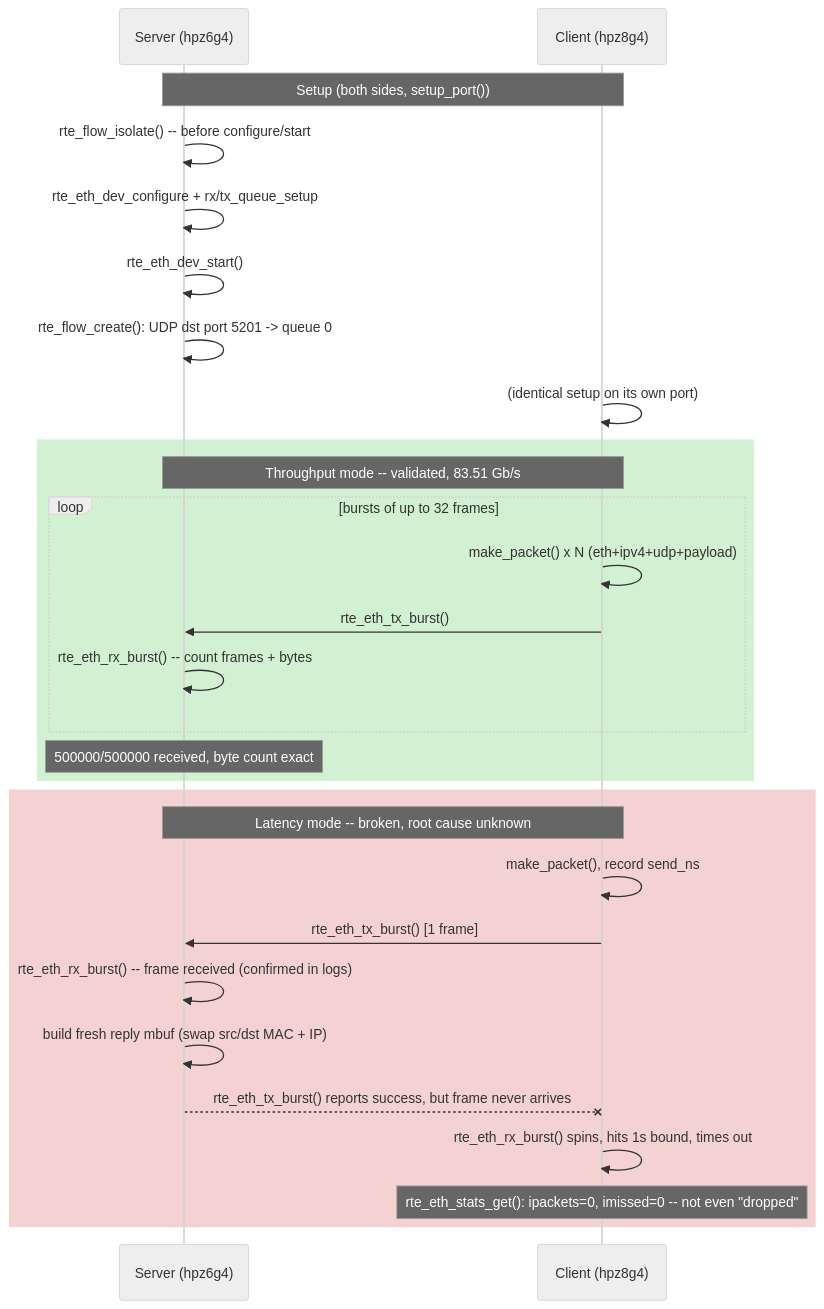
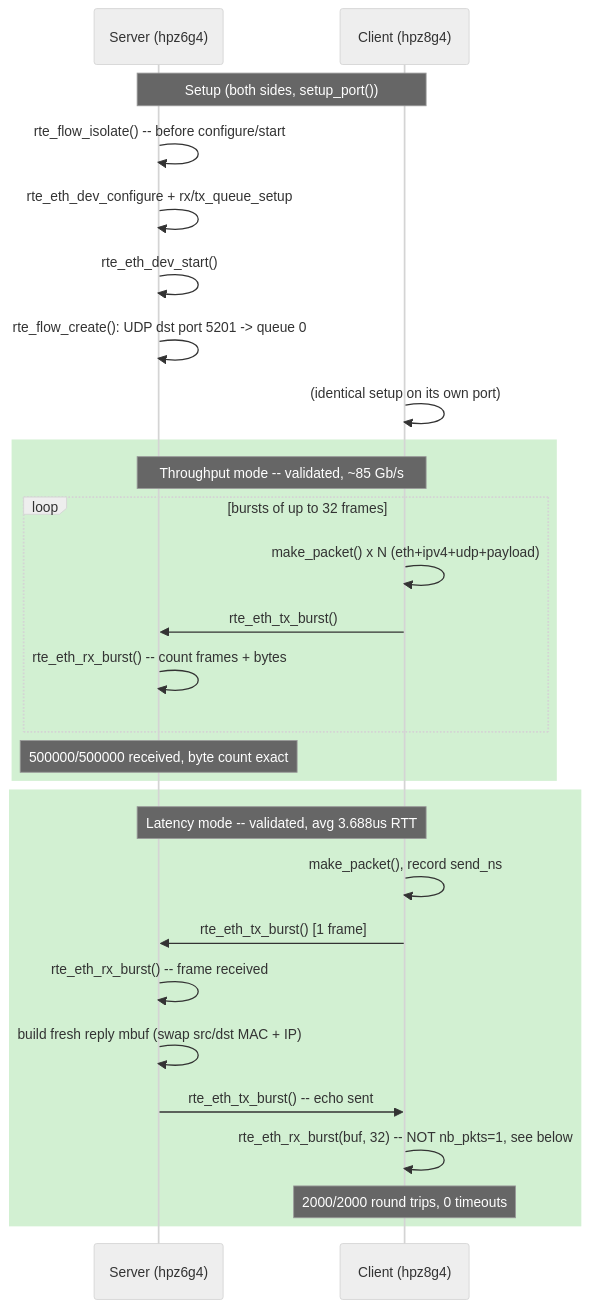
The second of 2 diagrams in README.md (zwu888/rdma-demo), drawn with Mermaid (neutral theme) before and after one commit. The commit also changed other lines of this file and 1 other file, not shown here.

First line of the commit message:
Fix dpdk_perf latency mode: mlx5 PMD silently drops rte_eth_rx_burst(nb_pkts=1)

````diff
--- a/README.md
+++ b/README.md
@@ -728,33 +754,33 @@
 ```mermaid
 sequenceDiagram
     participant S as Server (hpz6g4)
     participant C as Client (hpz8g4)
 
     Note over S,C: Setup (both sides, setup_port())
     S->>S: rte_flow_isolate() -- before configure/start
     S->>S: rte_eth_dev_configure + rx/tx_queue_setup
     S->>S: rte_eth_dev_start()
     S->>S: rte_flow_create(): UDP dst port 5201 -> queue 0
     C->>C: (identical setup on its own port)
 
     rect rgb(210, 240, 210)
-    Note over S,C: Throughput mode -- validated, 83.51 Gb/s
+    Note over S,C: Throughput mode -- validated, ~85 Gb/s
     loop bursts of up to 32 frames
         C->>C: make_packet() x N (eth+ipv4+udp+payload)
         C->>S: rte_eth_tx_burst()
         S->>S: rte_eth_rx_burst() -- count frames + bytes
     end
     Note over S: 500000/500000 received, byte count exact
     end
 
-    rect rgb(245, 210, 210)
-    Note over S,C: Latency mode -- broken, root cause unknown
+    rect rgb(210, 240, 210)
+    Note over S,C: Latency mode -- validated, avg 3.688us RTT
     C->>C: make_packet(), record send_ns
     C->>S: rte_eth_tx_burst() [1 frame]
-    S->>S: rte_eth_rx_burst() -- frame received (confirmed in logs)
+    S->>S: rte_eth_rx_burst() -- frame received
     S->>S: build fresh reply mbuf (swap src/dst MAC + IP)
-    S--xC: rte_eth_tx_burst() reports success, but frame never arrives
-    C->>C: rte_eth_rx_burst() spins, hits 1s bound, times out
-    Note over C: rte_eth_stats_get(): ipackets=0, imissed=0 -- not even "dropped"
+    S->>C: rte_eth_tx_burst() -- echo sent
+    C->>C: rte_eth_rx_burst(buf, 32) -- NOT nb_pkts=1, see below
+    Note over C: 2000/2000 round trips, 0 timeouts
     end
 ```
````
